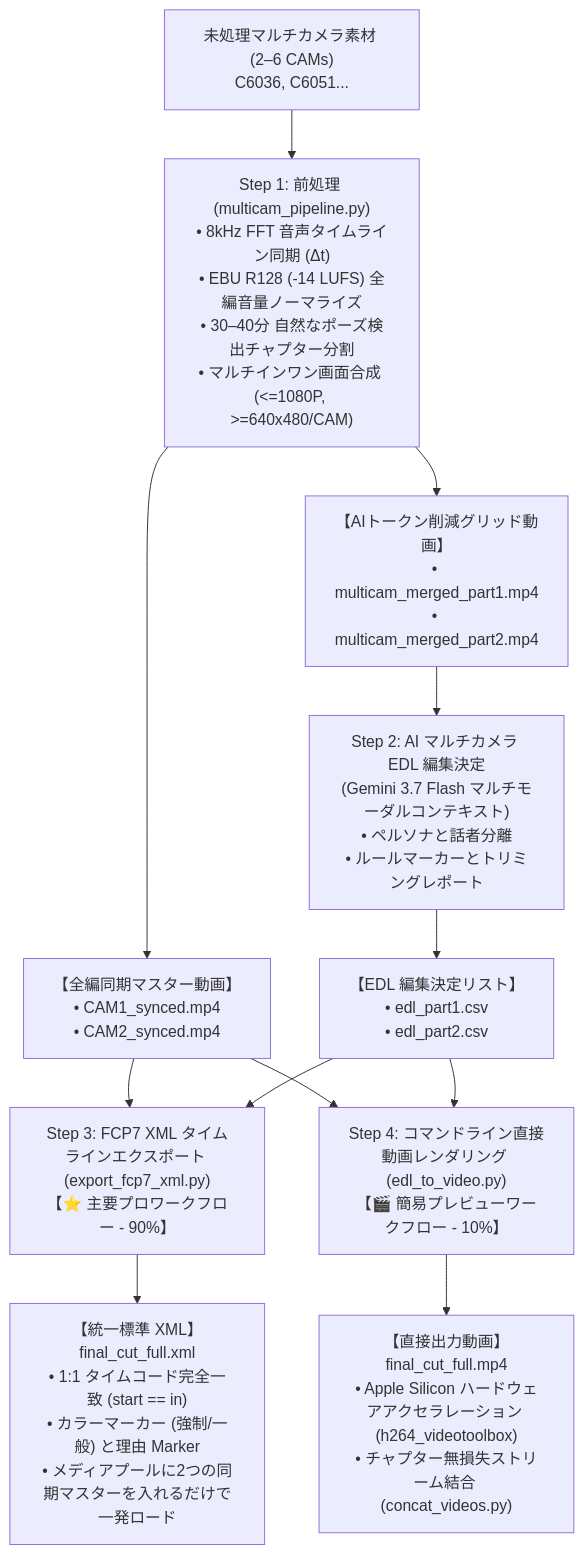
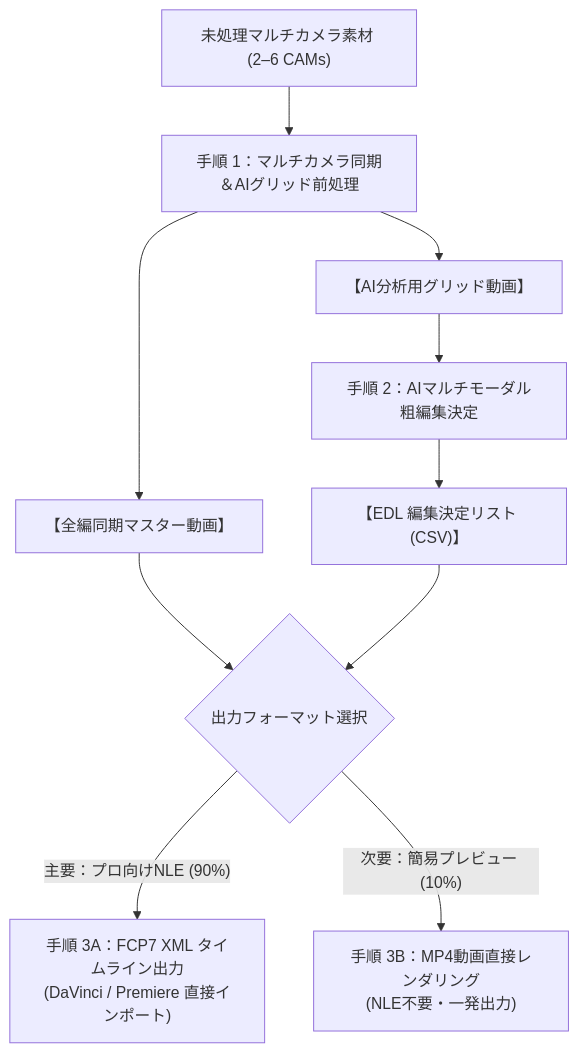
One commit to sylphlin/multicam-video-preprocessing changed the diagram in README.ja.md. Above: the diagram before and after it, drawn with Mermaid. The commit also changed other lines of this file and 4 other files, not shown here.

Commit message:
docs: restructure READMEs with clean process flow, 2 prompt scenarios, and detailed step breakdowns

````diff
--- a/README.ja.md
+++ b/README.ja.md
@@ -46,19 +45,16 @@
 ```mermaid
 flowchart TD
-    A["未処理マルチカメラ素材 (2–6 CAMs)<br/>C6036, C6051..."] --> B["Step 1: 前処理 (multicam_pipeline.py)<br/>• 8kHz FFT 音声タイムライン同期 (Δt)<br/>• EBU R128 (-14 LUFS) 全編音量ノーマライズ<br/>• 30–40分 自然なポーズ検出チャプター分割<br/>• マルチインワン画面合成 (<=1080P, >=640x480/CAM)"]
+    A["未処理マルチカメラ素材 (2–6 CAMs)"] --> B["手順 1：マルチカメラ同期＆AIグリッド前処理"]
     
-    B --> C["【全編同期マスター動画】<br/>• CAM1_synced.mp4<br/>• CAM2_synced.mp4"]
-    B --> D["【AIトークン削減グリッド動画】<br/>• multicam_merged_part1.mp4<br/>• multicam_merged_part2.mp4"]
+    B --> C["【全編同期マスター動画】"]
+    B --> D["【AI分析用グリッド動画】"]
     
-    D --> E["Step 2: AI マルチカメラ EDL 編集決定<br/>(Gemini 3.7 Flash マルチモーダルコンテキスト)<br/>• ペルソナと話者分離<br/>• ルールマーカーとトリミングレポート"]
+    D --> E["手順 2：AIマルチモーダル粗編集決定"]
+    E --> F["【EDL 編集決定リスト (CSV)】"]
     
-    E --> F["【EDL 編集決定リスト】<br/>• edl_part1.csv<br/>• edl_part2.csv"]
+    C --> G{"出力フォーマット選択"}
+    F --> G
     
-    C --> G["Step 3: FCP7 XML タイムラインエクスポート (export_fcp7_xml.py)<br/>【⭐ 主要プロワークフロー - 90%】"]
-    F --> G
-    G --> H["【統一標準 XML】final_cut_full.xml<br/>• 1:1 タイムコード完全一致 (start == in)<br/>• カラーマーカー (強制/一般) と理由 Marker<br/>• メディアプールに2つの同期マスターを入れるだけで一発ロード"]
-    
-    C --> I["Step 4: コマンドライン直接動画レンダリング (edl_to_video.py)<br/>【🎬 簡易プレビューワークフロー - 10%】"]
-    F --> I
-    I --> J["【直接出力動画】final_cut_full.mp4<br/>• Apple Silicon ハードウェアアクセラレーション (h264_videotoolbox)<br/>• チャプター無損失ストリーム結合 (concat_videos.py)"]
+    G -->|"主要：プロ向けNLE (90%)"| H["手順 3A：FCP7 XML タイムライン出力<br/>(DaVinci / Premiere 直接インポート)"]
+    G -->|"次要：簡易プレビュー (10%)"| I["手順 3B：MP4動画直接レンダリング<br/>(NLE不要・一発出力)"]
 ```
````
